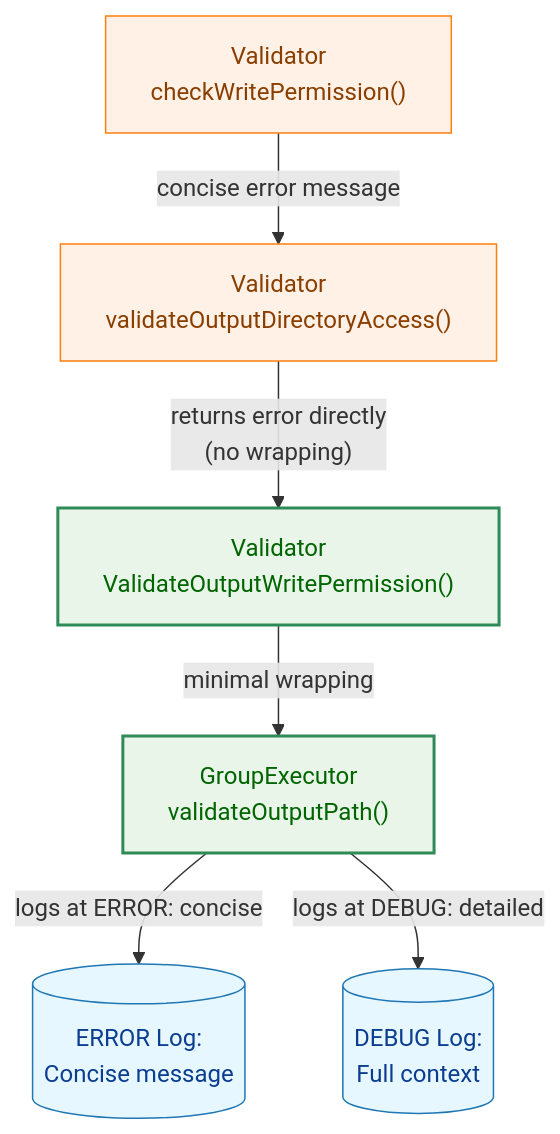
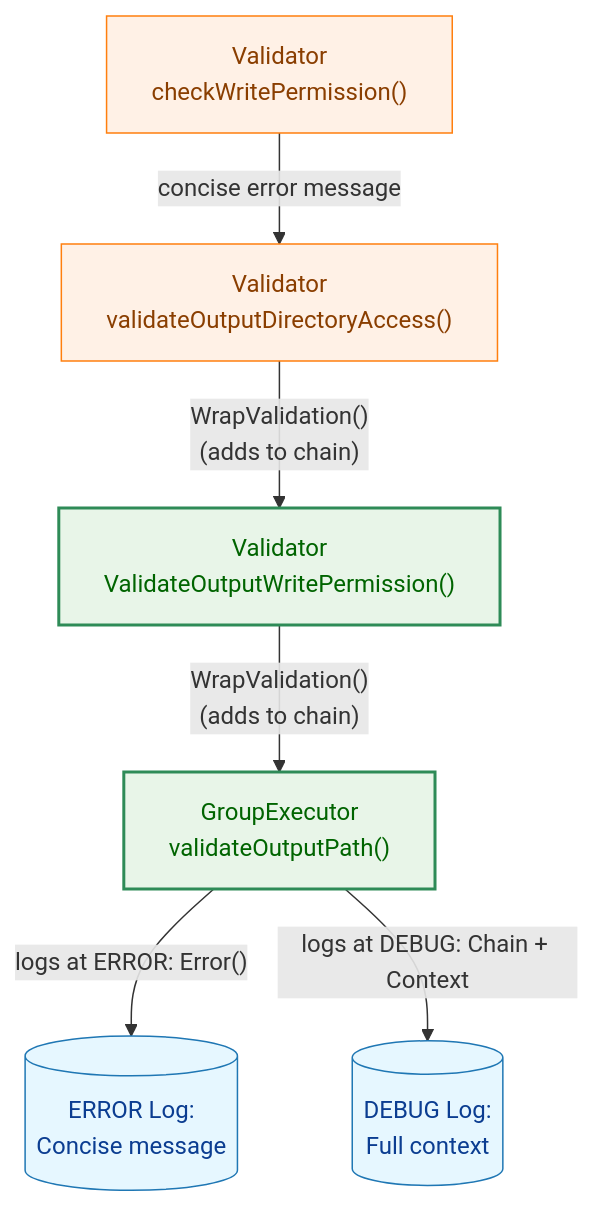
The second of 7 diagrams in docs/tasks/0054_error_message_improvement/02_architecture.md (isseis/go-safe-cmd-runner), drawn with Mermaid before and after one commit. The commit also changed other lines of this file, not shown here.

First line of the commit message:
docs: improve architecture for error message handling

````diff
--- a/docs/tasks/0054_error_message_improvement/02_architecture.md
+++ b/docs/tasks/0054_error_message_improvement/02_architecture.md
@@ -65,16 +205,16 @@
 ```mermaid
 flowchart TD
     classDef data fill:#e6f7ff,stroke:#1f77b4,stroke-width:1px,color:#0b3d91;
     classDef process fill:#fff1e6,stroke:#ff7f0e,stroke-width:1px,color:#8a3e00;
     classDef enhanced fill:#e8f5e8,stroke:#2e8b57,stroke-width:2px,color:#006400;
 
     A["Validator<br>checkWritePermission()"] -->|"concise error message"| B["Validator<br>validateOutputDirectoryAccess()"]
-    B -->|"returns error directly<br>(no wrapping)"| C["Validator<br>ValidateOutputWritePermission()"]
-    C -->|"minimal wrapping"| D["GroupExecutor<br>validateOutputPath()"]
-    D -->|"logs at ERROR: concise"| E1[("ERROR Log:<br>Concise message")]
-    D -->|"logs at DEBUG: detailed"| E2[("DEBUG Log:<br>Full context")]
+    B -->|"WrapValidation()<br>(adds to chain)"| C["Validator<br>ValidateOutputWritePermission()"]
+    C -->|"WrapValidation()<br>(adds to chain)"| D["GroupExecutor<br>validateOutputPath()"]
+    D -->|"logs at ERROR: Error()"| E1[("ERROR Log:<br>Concise message")]
+    D -->|"logs at DEBUG: Chain + Context"| E2[("DEBUG Log:<br>Full context")]
 
     class A,B process;
     class C,D enhanced;
     class E1,E2 data;
 ```
````
